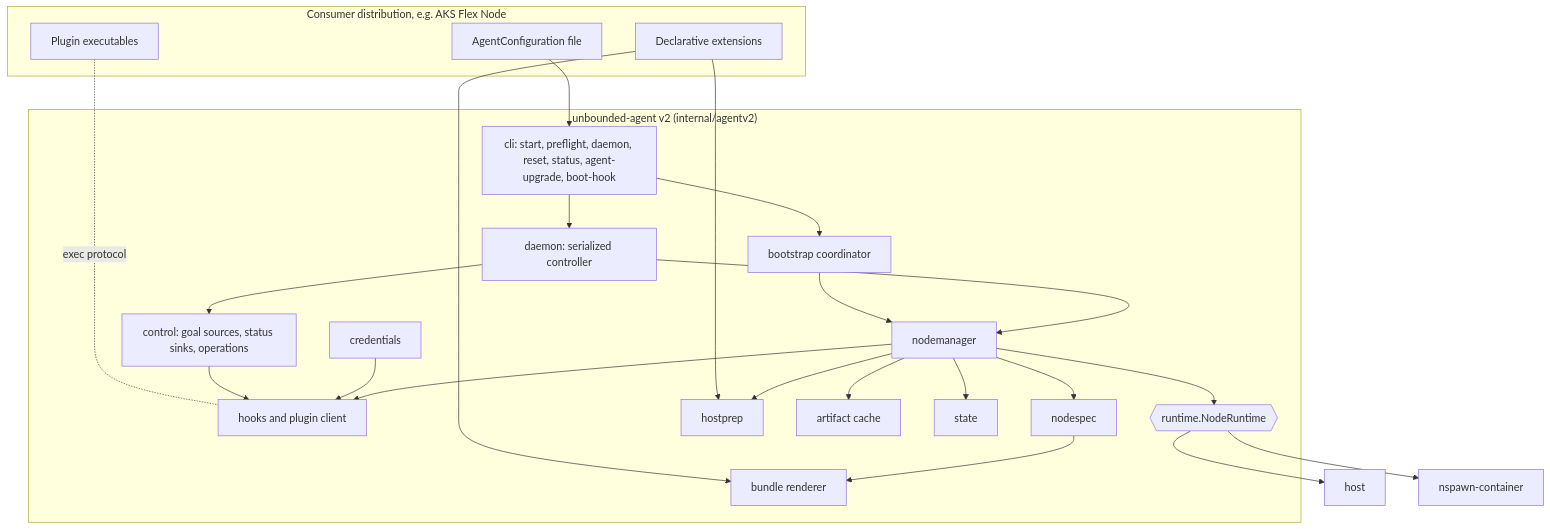
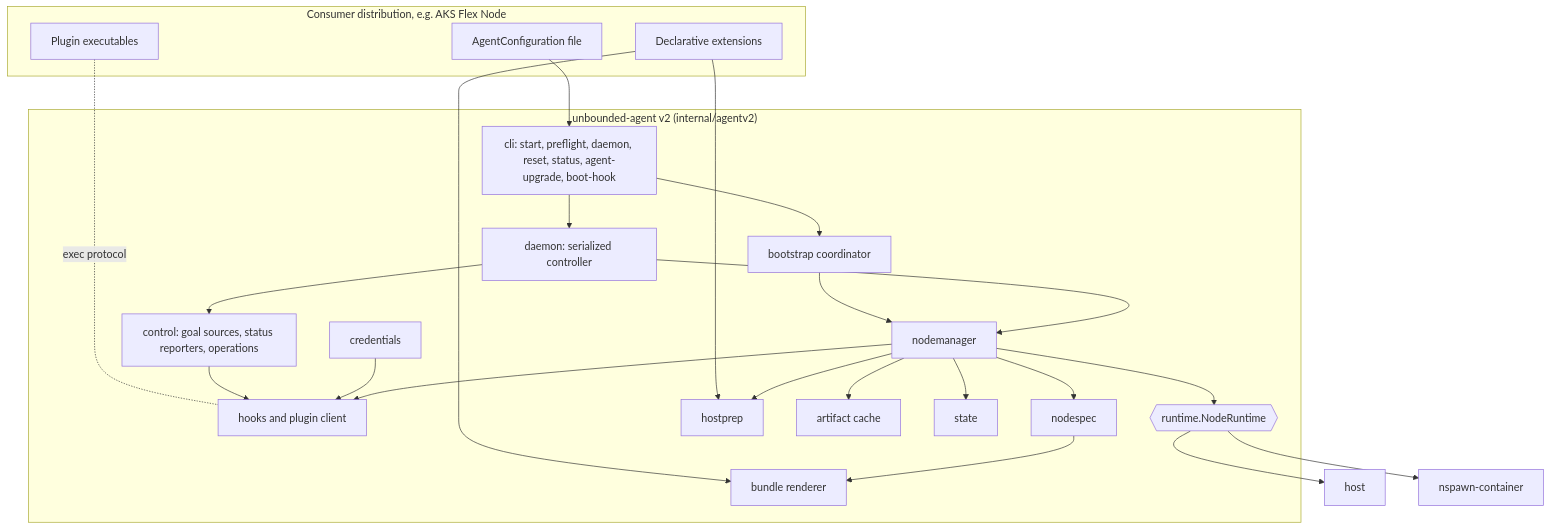
One commit to Azure/unbounded changed the first of 9 diagrams in designs/agent-v2.md. Above: the diagram before and after it, drawn with Mermaid. The commit also changed other lines of this file and 1 other file, not shown here.

````diff
--- a/designs/agent-v2.md
+++ b/designs/agent-v2.md
@@ -211,40 +198,40 @@
 ```mermaid
 flowchart TB
   subgraph Consumer["Consumer distribution, e.g. AKS Flex Node"]
     CFG["AgentConfiguration file"]
     PLG["Plugin executables"]
     EXT["Declarative extensions"]
   end
   subgraph Agent["unbounded-agent v2 (internal/agentv2)"]
     CLI["cli: start, preflight, daemon, reset, status, agent-upgrade, boot-hook"]
     BOOT["bootstrap coordinator"]
     DAE["daemon: serialized controller"]
     NM["nodemanager"]
-    CTRL["control: goal sources, status sinks, operations"]
+    CTRL["control: goal sources, status reporters, operations"]
     CRED["credentials"]
     HK["hooks and plugin client"]
     SPEC["nodespec"]
     BUN["bundle renderer"]
     HP["hostprep"]
     ART["artifact cache"]
     ST["state"]
     RTI{{"runtime.NodeRuntime"}}
   end
   CFG --> CLI
   PLG -. exec protocol .- HK
   EXT --> BUN
   EXT --> HP
   CLI --> BOOT --> NM
   CLI --> DAE --> NM
   DAE --> CTRL
   NM --> SPEC --> BUN
   NM --> ART
   NM --> ST
   NM --> HP
   NM --> RTI
   CTRL --> HK
   CRED --> HK
   NM --> HK
   RTI --> RTH["host"]
   RTI --> RTN["nspawn-container"]
 ```
````
